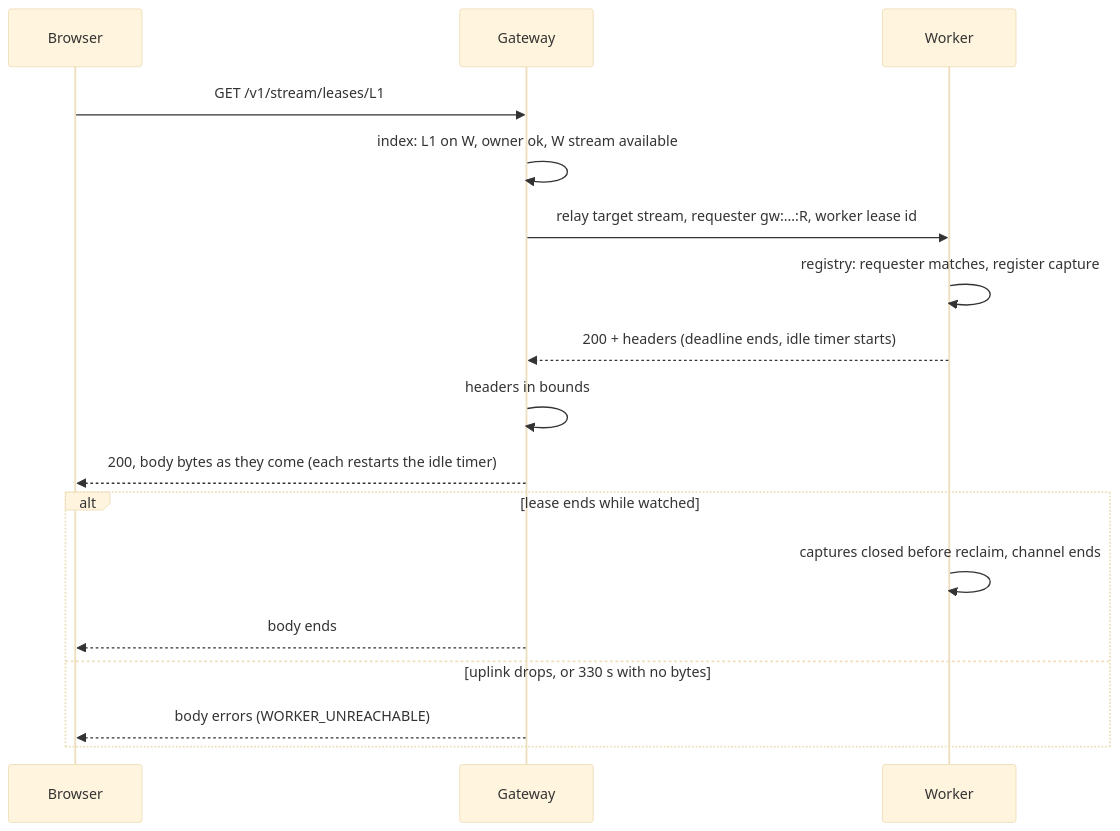
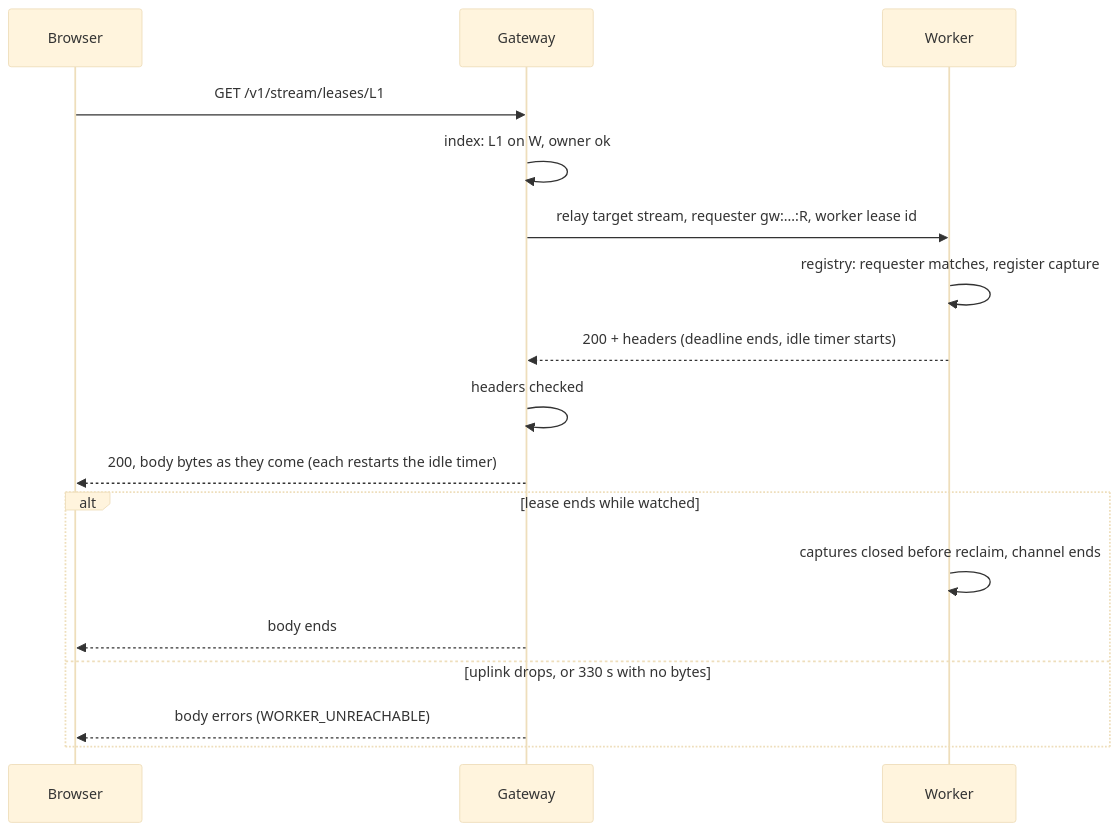
The third of 3 diagrams in docs/internal/adr/0031-a-screen-stream-is-an-optional-module-and-a-driver-films-the-device.md (callstackincubator/simlock), drawn with Mermaid (base theme) before and after one commit. The commit also changed other lines of this file and 1 other file, not shown here.

````diff
--- a/docs/internal/adr/0031-a-screen-stream-is-an-optional-module-and-a-driver-films-the-device.md
+++ b/docs/internal/adr/0031-a-screen-stream-is-an-optional-module-and-a-driver-films-the-device.md
@@ -316,19 +344,19 @@
 ```mermaid
 sequenceDiagram
   participant B as Browser
   participant G as Gateway
   participant W as Worker
   B->>G: GET /v1/stream/leases/L1
-  G->>G: index: L1 on W, owner ok, W stream available
+  G->>G: index: L1 on W, owner ok
   G->>W: relay target stream, requester gw:…:R, worker lease id
   W->>W: registry: requester matches, register capture
   W-->>G: 200 + headers (deadline ends, idle timer starts)
-  G->>G: headers in bounds
+  G->>G: headers checked
   G-->>B: 200, body bytes as they come (each restarts the idle timer)
   alt lease ends while watched
     W->>W: captures closed before reclaim, channel ends
     G-->>B: body ends
   else uplink drops, or 330 s with no bytes
     G-->>B: body errors (WORKER_UNREACHABLE)
   end
 ```
````
